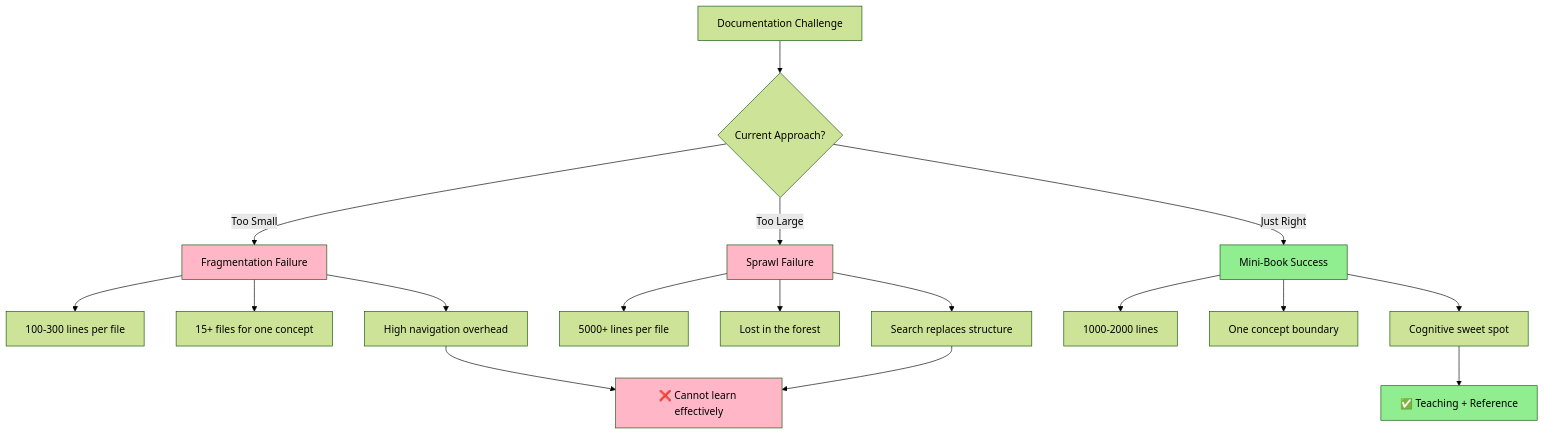
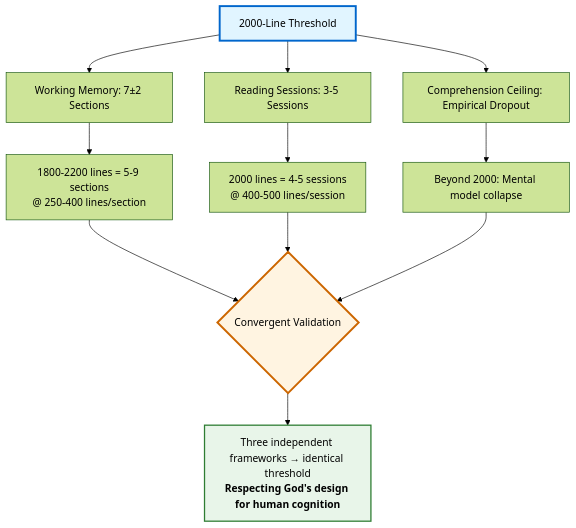
The tenth of 15 diagrams in The-Mini-Book-Theory.md (ProfessorSeanEX/CreativeWorkzStudio_Kingdom_Technology), drawn with Mermaid (forest theme) before and after one commit. The commit also changed other lines of this file and 83 other files, not shown here.

````diff
--- a/The-Mini-Book-Theory.md
+++ b/The-Mini-Book-Theory.md
@@ -200,29 +2872,20 @@
 ```mermaid
 graph TD
-    A[Documentation Challenge] --> B{Current Approach?}
-    B -->|Too Small| C[Fragmentation Failure]
-    B -->|Too Large| D[Sprawl Failure]
-    B -->|Just Right| E[Mini-Book Success]
-    
-    C --> F[100-300 lines per file]
-    C --> G[15+ files for one concept]
-    C --> H[High navigation overhead]
-    
-    D --> I[5000+ lines per file]
-    D --> J[Lost in the forest]
-    D --> K[Search replaces structure]
-    
-    E --> L[1000-2000 lines]
-    E --> M[One concept boundary]
-    E --> N[Cognitive sweet spot]
-    
-    H --> O[❌ Cannot learn effectively]
-    K --> O
-    N --> P[✅ Teaching + Reference]
-    
-    style E fill:#90EE90
-    style C fill:#FFB6C6
-    style D fill:#FFB6C6
-    style P fill:#90EE90
-    style O fill:#FFB6C6
+    A[2000-Line Threshold] --> B[Working Memory: 7±2 Sections]
+    A --> C[Reading Sessions: 3-5 Sessions]
+    A --> D[Comprehension Ceiling: Empirical Dropout]
+
+    B --> E[1800-2200 lines = 5-9 sections<br/>@ 250-400 lines/section]
+    C --> F[2000 lines = 4-5 sessions<br/>@ 400-500 lines/session]
+    D --> G[Beyond 2000: Mental model collapse]
+
+    E --> H{Convergent Validation}
+    F --> H
+    G --> H
+
+    H --> I[Three independent frameworks → identical threshold<br/><strong>Respecting God's design for human cognition</strong>]
+
+    style A fill:#e1f5ff,stroke:#0066cc,stroke-width:3px
+    style H fill:#fff4e1,stroke:#cc6600,stroke-width:3px
+    style I fill:#e8f5e9,stroke:#2e7d32,stroke-width:2px
 ```
````
